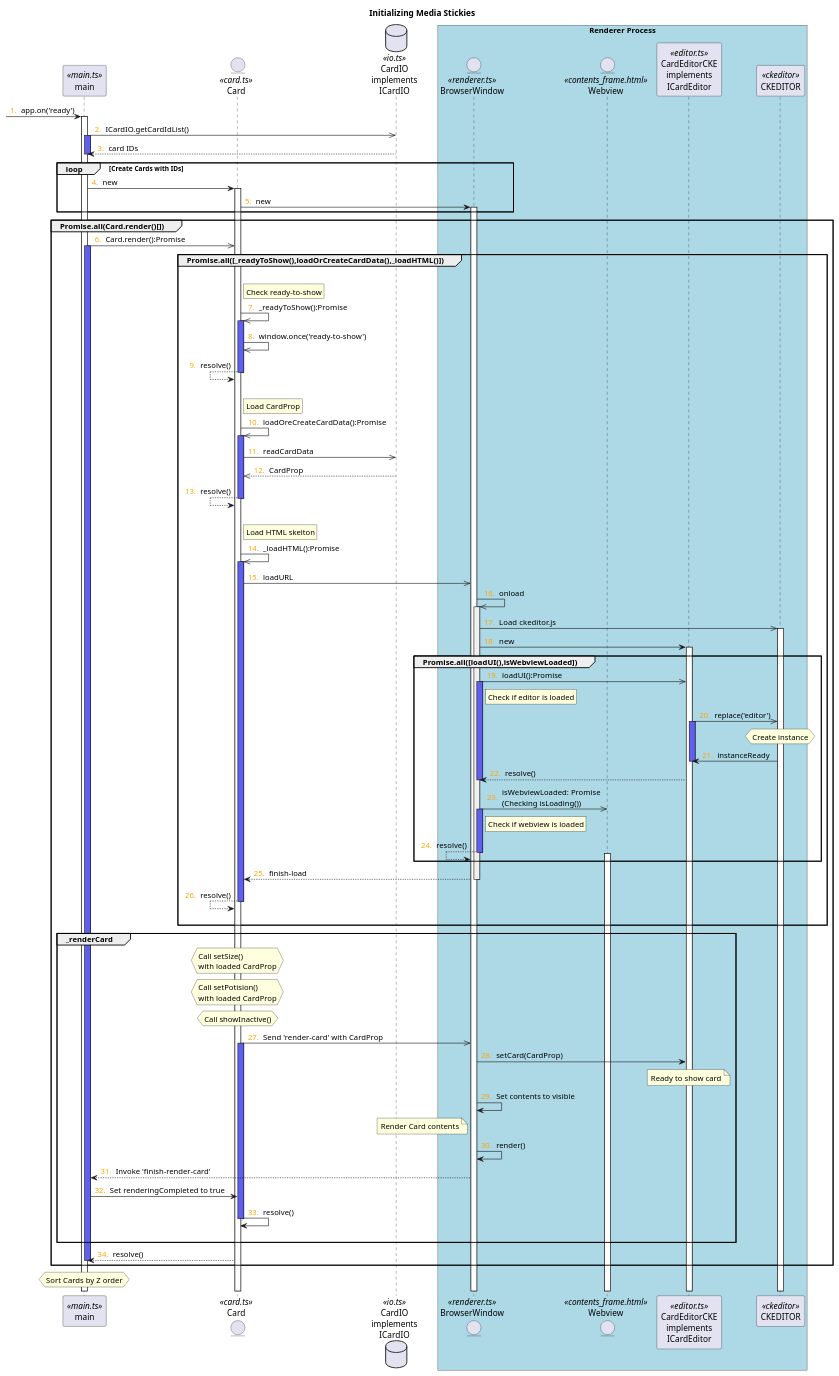
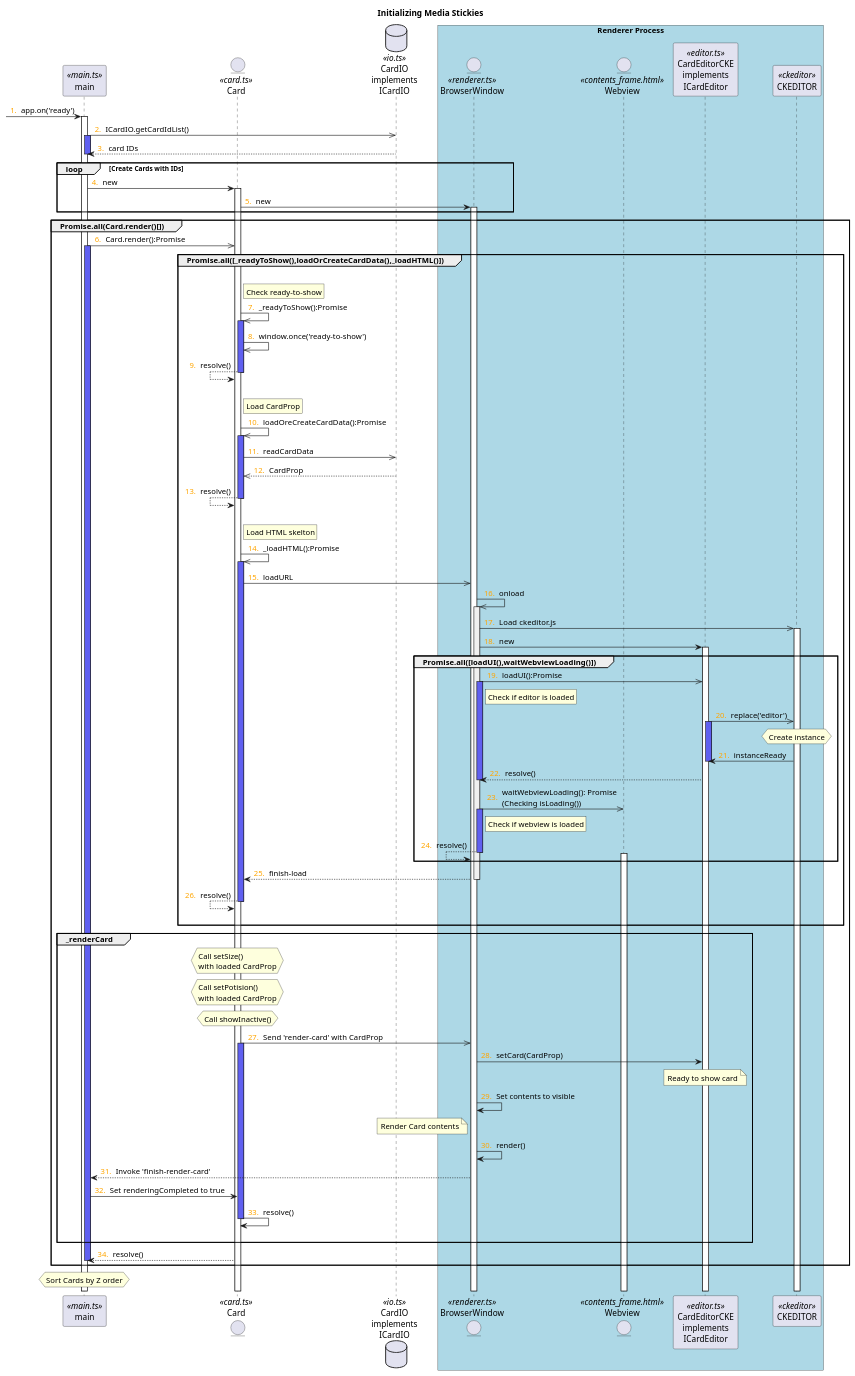
One commit to canal874/sticky-sprites changed the diagram in doc/initializing.puml. Above: the diagram before and after it, drawn with PlantUML.

Commit message:
fix: Fix function name

```diff
--- a/doc/initializing.puml
+++ b/doc/initializing.puml
@@ -2,108 +2,108 @@
 @startuml
 title Initializing Media Stickies
 
 autonumber "<font color=orange>0. "
 participant main <<main.ts>> order 10
 entity Card <<card.ts>> order 20
 database ICardIO as "CardIO\nimplements\nICardIO" <<io.ts>> order 50
 box "Renderer Process" #LightBlue
   entity BrowserWindow <<renderer.ts>> order 100
   entity Webview <<contents_frame.html>> order 101
   participant ICardEditor as "CardEditorCKE\nimplements\nICardEditor" <<editor.ts>> order 111
   participant CKEDITOR <<ckeditor>> order 112
 end box 
 
 [-> main: app.on('ready')
 activate main
 
 main ->>ICardIO: ICardIO.getCardIdList()
 activate main #6060f0
 main <-- ICardIO: card IDs
 deactivate main
 loop Create Cards with IDs
   main -> Card: new
   activate Card
   Card -> BrowserWindow: new
   activate BrowserWindow
 end
 
 group Promise.all(Card.render()[])
   main ->> Card: Card.render():Promise
   activate main #6060f0  
   group Promise.all([_readyToShow(),loadOrCreateCardData(),_loadHTML()])    
     |||
     rnote right Card: Check ready-to-show
     Card ->> Card: _readyToShow():Promise
     activate Card  #6060f0
     Card ->> Card: window.once('ready-to-show')
     Card <-- Card: resolve()
     deactivate Card
     |||
     rnote Right Card: Load CardProp        
     Card ->> Card: loadOreCreateCardData():Promise
     activate Card  #6060f0
     Card ->> ICardIO: readCardData
     Card <<-- ICardIO: CardProp
     Card <-- Card: resolve()
     deactivate Card
     |||
     rnote Right Card: Load HTML skelton
     Card ->> Card: _loadHTML():Promise
     activate Card  #6060f0
     Card ->> BrowserWindow: loadURL
       BrowserWindow ->> BrowserWindow: onload
         activate BrowserWindow #f0f0f0
         BrowserWindow ->> CKEDITOR: Load ckeditor.js
         activate CKEDITOR
         BrowserWindow -> ICardEditor: new
         activate ICardEditor
 
-        group Promise.all([loadUI(),isWebviewLoaded])    
+        group Promise.all([loadUI(),waitWebviewLoading()])    
         BrowserWindow ->> ICardEditor: loadUI():Promise
           rnote Right BrowserWindow: Check if editor is loaded
           activate BrowserWindow #6060f0
           ICardEditor ->> CKEDITOR: replace('editor')
             activate ICardEditor #6060f0
             hnote over CKEDITOR: Create instance
             ICardEditor <- CKEDITOR: instanceReady
             deactivate ICardEditor
             BrowserWindow <-- ICardEditor: resolve()
           deactivate BrowserWindow
 
-        BrowserWindow ->> Webview: isWebviewLoaded: Promise\n(Checking isLoading())
+        BrowserWindow ->> Webview: waitWebviewLoading(): Promise\n(Checking isLoading())
           rnote Right BrowserWindow: Check if webview is loaded
           activate BrowserWindow #6060f0
         BrowserWindow <-- BrowserWindow: resolve()      
         activate Webview
         deactivate BrowserWindow
         end
 
         Card <-- BrowserWindow: finish-load
         deactivate BrowserWindow
     Card <-- Card: resolve()
     deactivate Card
     |||
   end
 
   group _renderCard
     hnote over Card: Call setSize()\nwith loaded CardProp
     hnote over Card: Call setPotision()\nwith loaded CardProp
     hnote over Card: Call showInactive()
     Card ->> BrowserWindow: Send 'render-card' with CardProp
     activate Card #6060f0
     BrowserWindow -> ICardEditor: setCard(CardProp)
     note over ICardEditor: Ready to show card
     BrowserWindow -> BrowserWindow: Set contents to visible
     note left BrowserWindow: Render Card contents
     BrowserWindow -> BrowserWindow: render()
     main <-- BrowserWindow: Invoke 'finish-render-card'
     main -> Card: Set renderingCompleted to true
     Card -> Card: resolve()
     deactivate Card
     |||
   end
   main <-- Card: resolve()
   deactivate main
 end 
 hnote over main: Sort Cards by Z order
 @enduml
```
